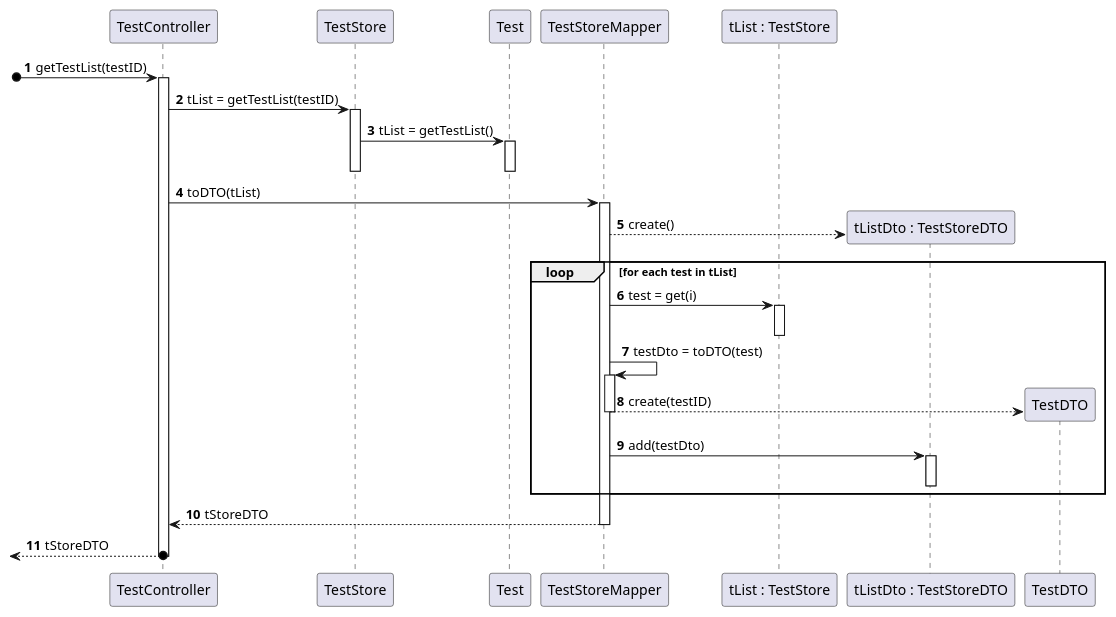
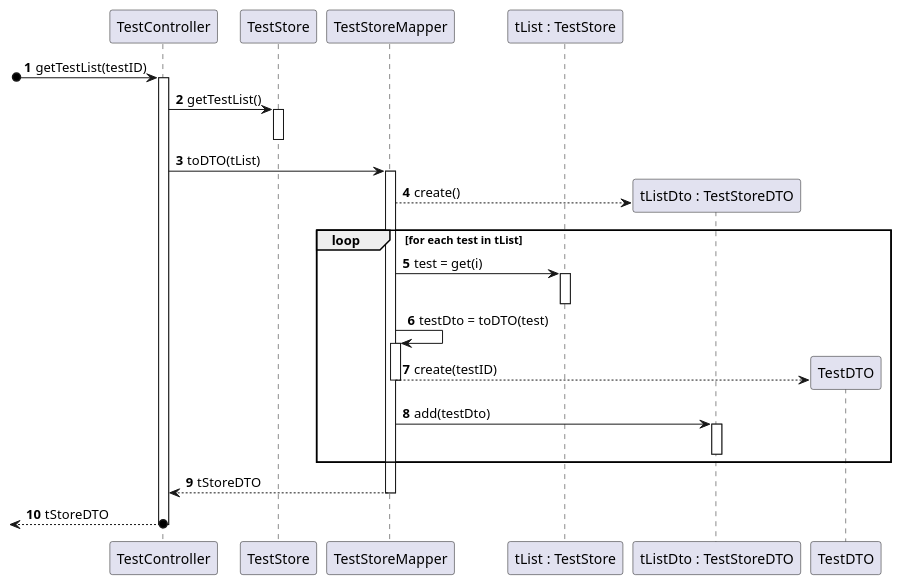
One commit to MarianaCLages/LAPR2 changed the diagram in docs/SprintC/US05/SD_TestListDTO(testID).puml. Above: the diagram before and after it, drawn with PlantUML. The commit also changed 1 other file, not shown here.

```diff
--- a/docs/SprintC/US05/SD_TestListDTO(testID).puml
+++ b/docs/SprintC/US05/SD_TestListDTO(testID).puml
@@ -1,43 +1,39 @@
 @startuml
 'https://plantuml.com/sequence-diagram
 participant "TestController" as ctrl
 participant "TestStore" as tStore
-participant "Test" as Test
 participant "TestStoreMapper" as tStoreMapper
 participant "tList : TestStore" as tStore1
 participant "tListDto : TestStoreDTO" as tStoreDTO
 participant "TestDTO" as tDTO
 
 
 autonumber
 
 [o-> ctrl: getTestList(testID)
 activate ctrl
-ctrl -> tStore: tList = getTestList(testID)
+ctrl -> tStore: getTestList()
 activate tStore
-tStore -> Test: tList = getTestList()
-activate Test
-deactivate Test
 deactivate tStore
 
 ctrl -> tStoreMapper: toDTO(tList)
 activate tStoreMapper
 tStoreMapper --> tStoreDTO**: create()
 loop for each test in tList
     tStoreMapper -> tStore1: test = get(i)
     activate tStore1
     deactivate tStore1
     tStoreMapper -> tStoreMapper: testDto = toDTO(test)
     activate tStoreMapper
     tStoreMapper --> tDTO**: create(testID)
     deactivate tStoreMapper
     tStoreMapper -> tStoreDTO: add(testDto)
     activate tStoreDTO
     deactivate tStoreDTO
 end
 tStoreMapper --> ctrl: tStoreDTO
 deactivate tStoreMapper
 return tStoreDTO
 deactivate ctrl
 deactivate tStore
 @enduml
```
